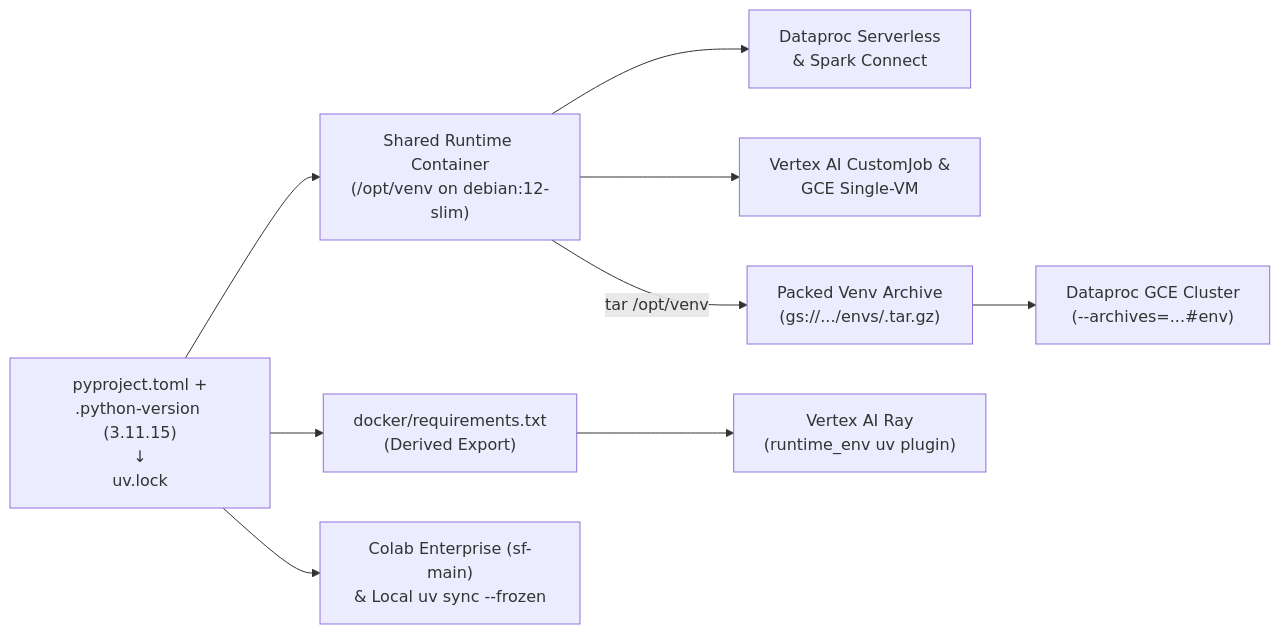
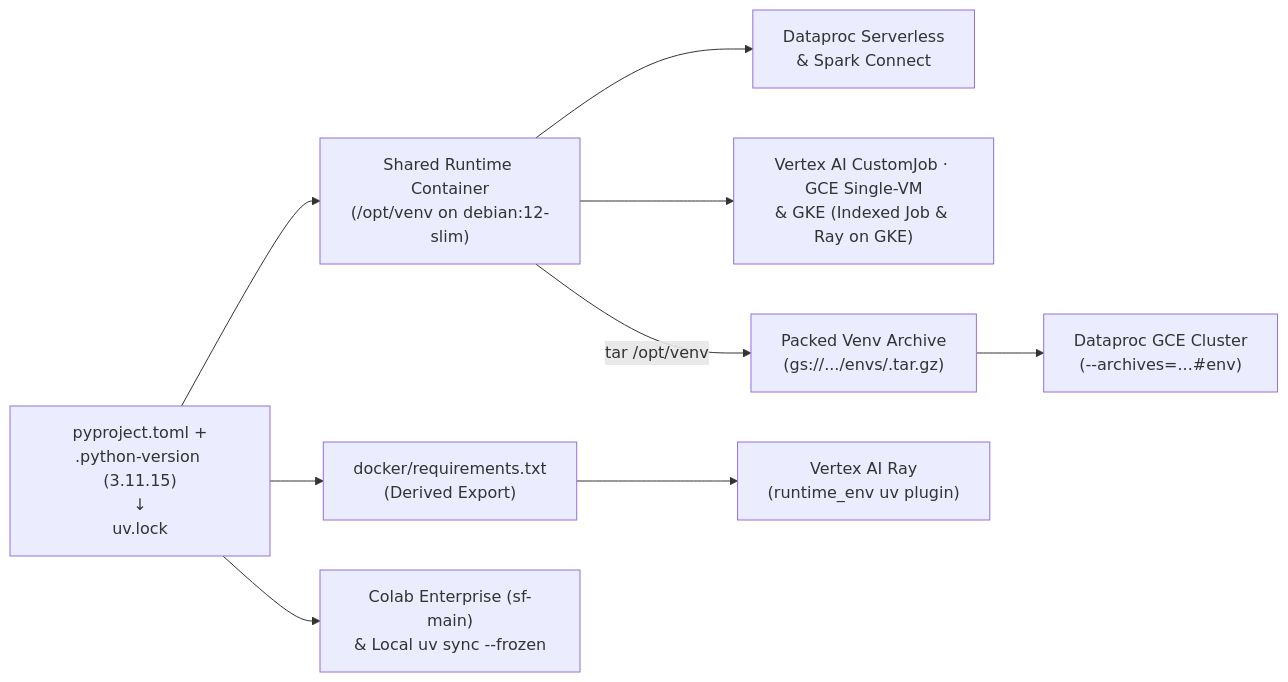
One commit to statmike/scale-forecasting changed the diagram in docs/runtime_dependencies.md. Above: the diagram before and after it, drawn with Mermaid. The commit also changed other lines of this file and 102 other files, not shown here.

````diff
--- a/docs/runtime_dependencies.md
+++ b/docs/runtime_dependencies.md
@@ -33,11 +33,11 @@
 ```mermaid
 flowchart LR
-    Lock["pyproject.toml +\n.python-version (3.11.15)\n↓\nuv.lock"] --> Req["docker/requirements.txt\n(Derived Export)"]
-    Lock --> Img["Shared Runtime Container\n(/opt/venv on debian:12-slim)"]
-    Img --> Sless["Dataproc Serverless\n& Spark Connect"]
-    Img --> Vtx["Vertex AI CustomJob &\nGCE Single-VM"]
-    Img -->|"tar /opt/venv"| Venv["Packed Venv Archive\n(gs://.../envs/<hash>.tar.gz)"]
-    Venv --> Cluster["Dataproc GCE Cluster\n(--archives=...#env)"]
-    Req --> RayEnv["Vertex AI Ray\n(runtime_env uv plugin)"]
-    Lock --> Colab["Colab Enterprise (sf-main)\n& Local uv sync --frozen"]
+    Lock["pyproject.toml +<br/>.python-version (3.11.15)<br/>↓<br/>uv.lock"] --> Req["docker/requirements.txt<br/>(Derived Export)"]
+    Lock --> Img["Shared Runtime Container<br/>(/opt/venv on debian:12-slim)"]
+    Img --> Sless["Dataproc Serverless<br/>& Spark Connect"]
+    Img --> Vtx["Vertex AI CustomJob · GCE Single-VM<br/>& GKE (Indexed Job & Ray on GKE)"]
+    Img -->|"tar /opt/venv"| Venv["Packed Venv Archive<br/>(gs://.../envs/<hash>.tar.gz)"]
+    Venv --> Cluster["Dataproc GCE Cluster<br/>(--archives=...#env)"]
+    Req --> RayEnv["Vertex AI Ray<br/>(runtime_env uv plugin)"]
+    Lock --> Colab["Colab Enterprise (sf-main)<br/>& Local uv sync --frozen"]
 ```
````
